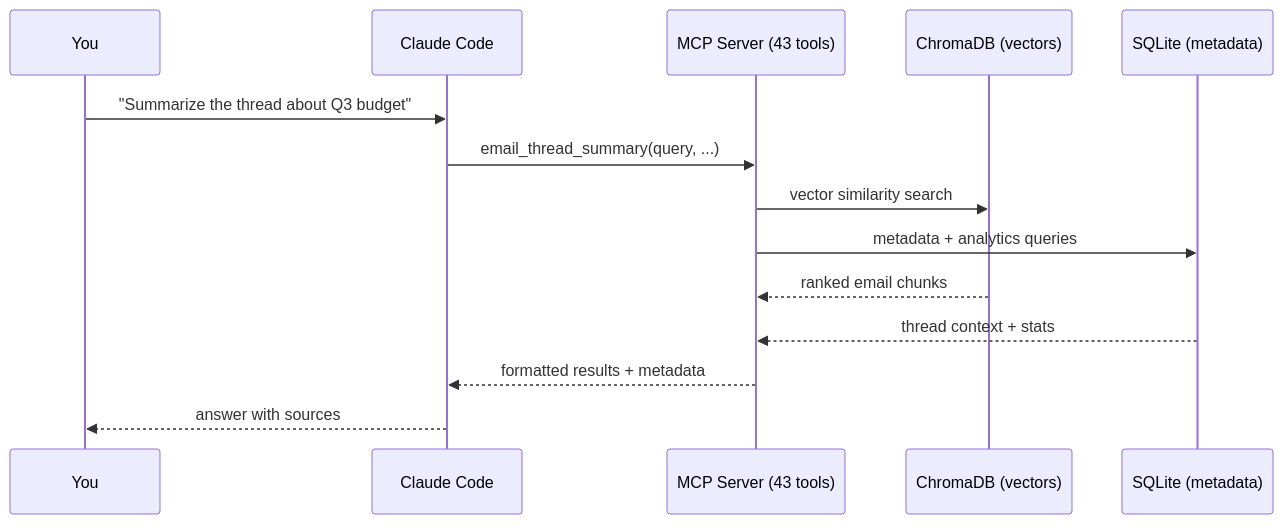
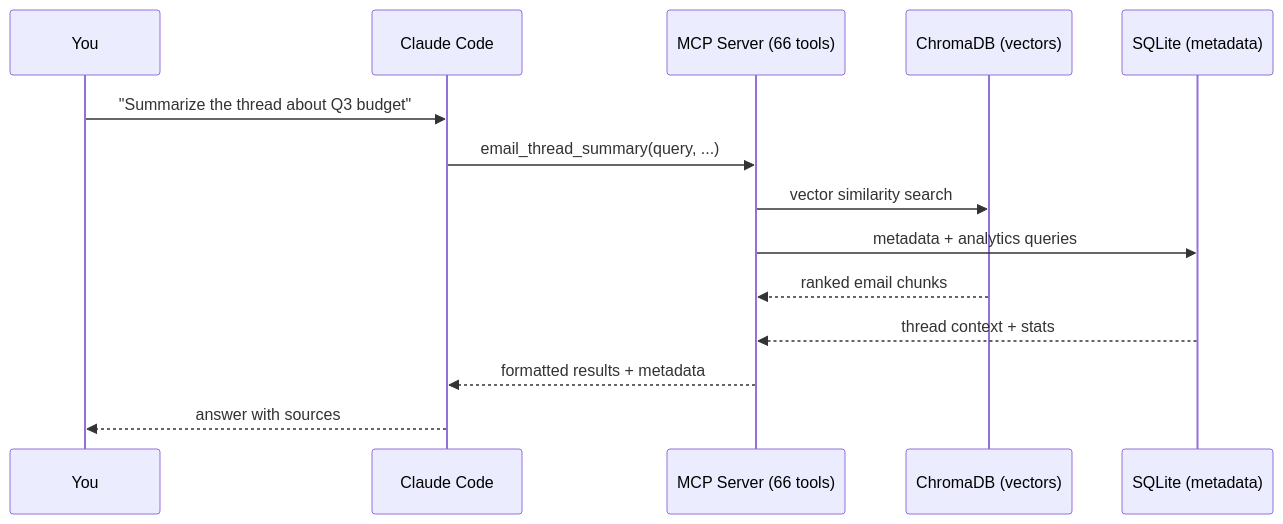
One commit to sebastianspicker/outlook-email-rag changed the second of 4 diagrams in README.md. Above: the diagram before and after it, drawn with Mermaid. The commit also changed other lines of this file and 63 other files, not shown here.

````diff
--- a/README.md
+++ b/README.md
@@ -50,17 +61,17 @@
 ```mermaid
 sequenceDiagram
     participant You
     participant Claude as Claude Code
-    participant MCP as MCP Server (43 tools)
+    participant MCP as MCP Server (66 tools)
     participant VDB as ChromaDB (vectors)
     participant SQL as SQLite (metadata)
 
     You->>Claude: "Summarize the thread about Q3 budget"
     Claude->>MCP: email_thread_summary(query, ...)
     MCP->>VDB: vector similarity search
     MCP->>SQL: metadata + analytics queries
     VDB-->>MCP: ranked email chunks
     SQL-->>MCP: thread context + stats
     MCP-->>Claude: formatted results + metadata
     Claude-->>You: answer with sources
 ```
````
